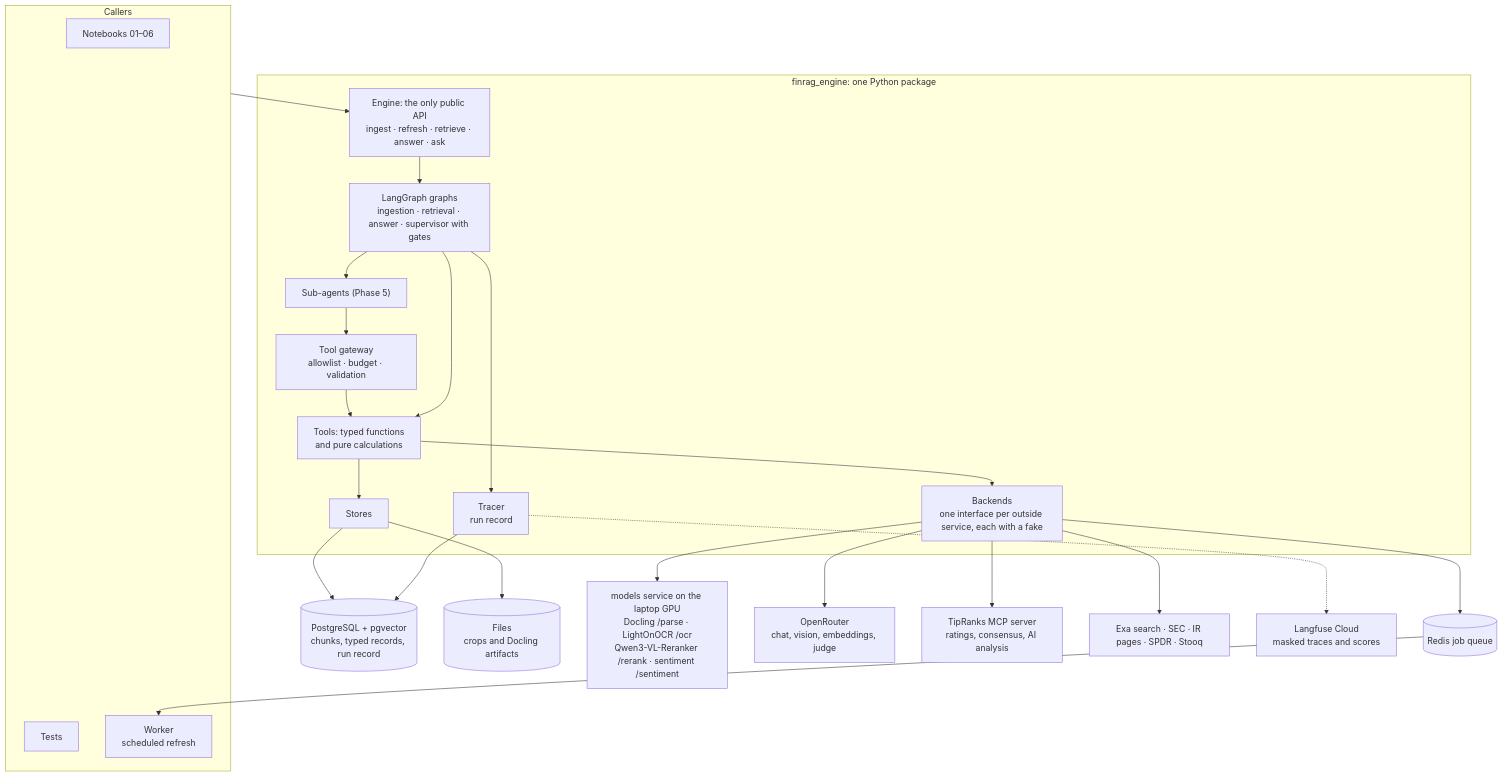
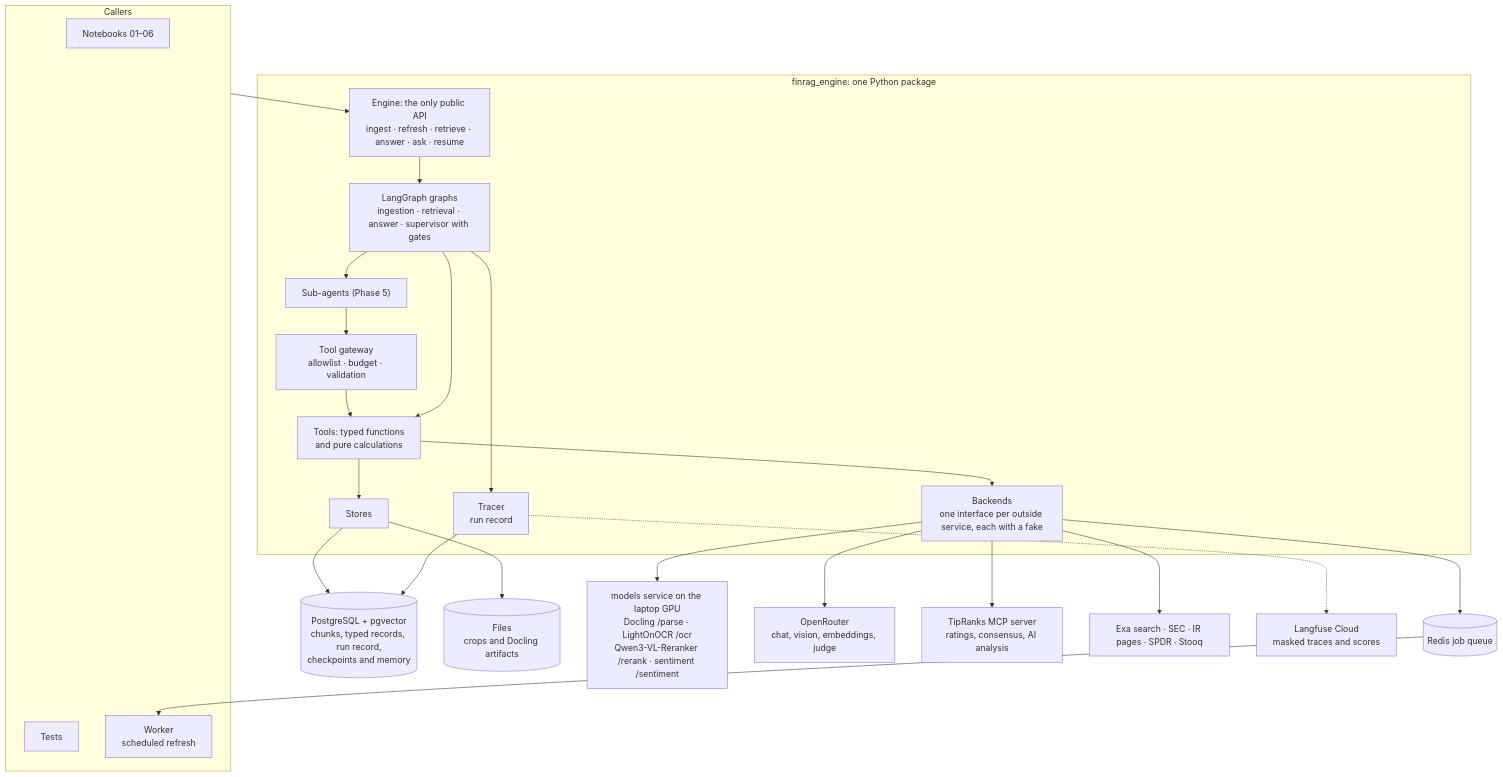
One commit to chazyman/financial-agent-capstone changed the first of 5 diagrams in PROPOSAL.md. Above: the diagram before and after it, drawn with Mermaid. The commit also changed other lines of this file and 5 other files, not shown here.

Commit message:
Improuved Grounding based on course PDF and  Notebook. LangGraph Persistant Memory with PostGresSql

````diff
--- a/PROPOSAL.md
+++ b/PROPOSAL.md
@@ -112,46 +112,46 @@
 ```mermaid
 flowchart TB
     subgraph CALLERS["Callers"]
         NB["Notebooks 01–06"]
         TS["Tests"]
         WK["Worker<br/>scheduled refresh"]
     end
 
     subgraph ENGINE["finrag_engine: one Python package"]
-        API["Engine: the only public API<br/>ingest · refresh · retrieve · answer · ask"]
+        API["Engine: the only public API<br/>ingest · refresh · retrieve · answer · ask · resume"]
         GR["LangGraph graphs<br/>ingestion · retrieval · answer · supervisor with gates"]
         AG["Sub-agents (Phase 5)"]
         GW["Tool gateway<br/>allowlist · budget · validation"]
         TL["Tools: typed functions<br/>and pure calculations"]
         ST["Stores"]
         BE["Backends<br/>one interface per outside service, each with a fake"]
         TR["Tracer<br/>run record"]
         API --> GR
         GR --> AG --> GW --> TL
         GR --> TL
         GR --> TR
         TL --> ST
         TL --> BE
     end
 
     CALLERS --> API
 
-    PG[("PostgreSQL + pgvector<br/>chunks, typed records, run record")]
+    PG[("PostgreSQL + pgvector<br/>chunks, typed records, run record,<br/>checkpoints and memory")]
     FS[("Files<br/>crops and Docling artifacts")]
     MS["models service on the laptop GPU<br/>Docling /parse · LightOnOCR /ocr<br/>Qwen3-VL-Reranker /rerank · sentiment /sentiment"]
     OR["OpenRouter<br/>chat, vision, embeddings, judge"]
     TM["TipRanks MCP server<br/>ratings, consensus, AI analysis"]
     WEB["Exa search · SEC · IR pages · SPDR · Stooq"]
     RQ[("Redis job queue")]
     LF["Langfuse Cloud<br/>masked traces and scores"]
 
     ST --> PG
     ST --> FS
     BE --> MS
     BE --> OR
     BE --> TM
     BE --> WEB
     BE --> RQ --> WK
     TR --> PG
     TR -.-> LF
 ```
````
